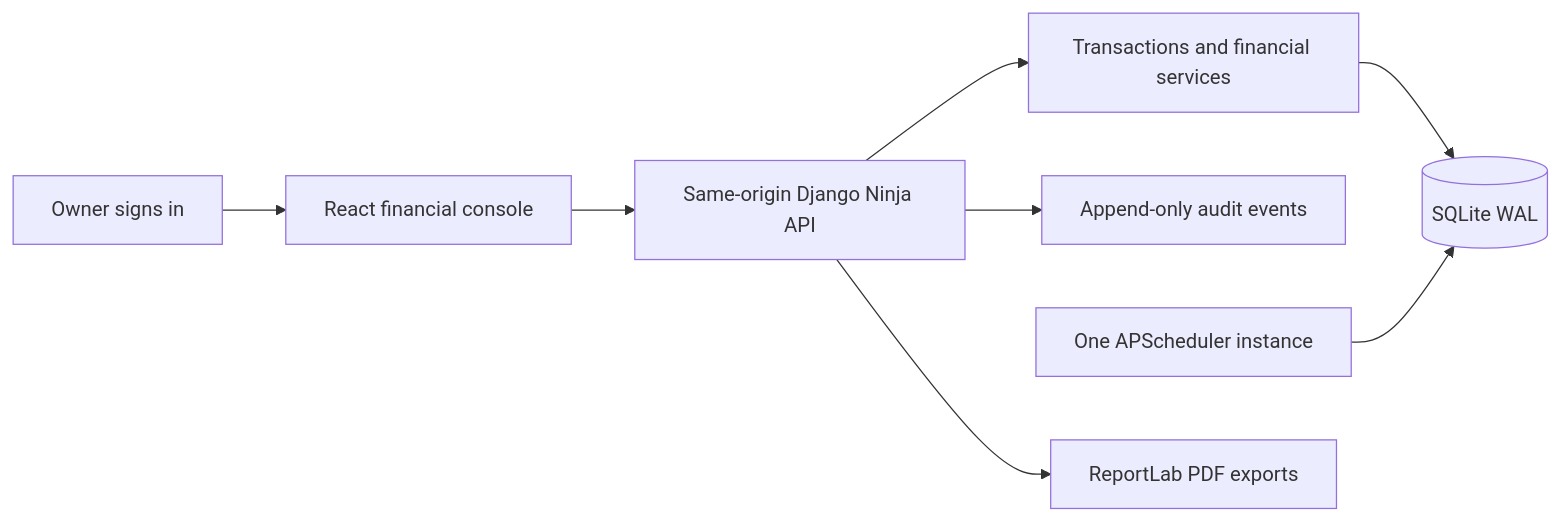
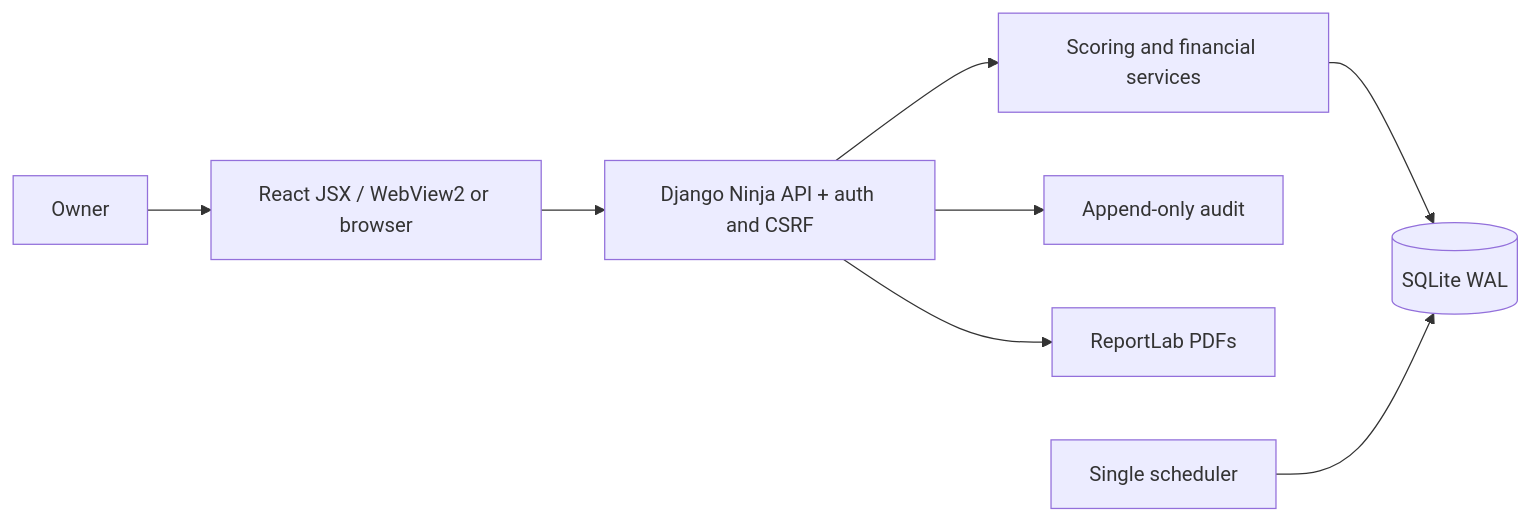
One commit to PerezChris99/kc-ledger changed the first of 2 diagrams in README.md. Above: the diagram before and after it, drawn with Mermaid. The commit also changed other lines of this file and 21 other files, not shown here.

````diff
--- a/README.md
+++ b/README.md
@@ -23,10 +23,10 @@
 ```mermaid
 flowchart LR
-  A[Owner signs in] --> B[React financial console]
-  B --> C[Same-origin Django Ninja API]
-  C --> D[Transactions and financial services]
-  D --> E[(SQLite WAL)]
-  C --> F[Append-only audit events]
-  G[One APScheduler instance] --> E
-  C --> H[ReportLab PDF exports]
+  U[Owner] --> WEB[React JSX / WebView2 or browser]
+  WEB --> API[Django Ninja API + auth and CSRF]
+  API --> FIN[Scoring and financial services]
+  FIN --> SQL[(SQLite WAL)]
+  API --> AUDIT[Append-only audit]
+  API --> PDF[ReportLab PDFs]
+  JOB[Single scheduler] --> SQL
 ```
````
